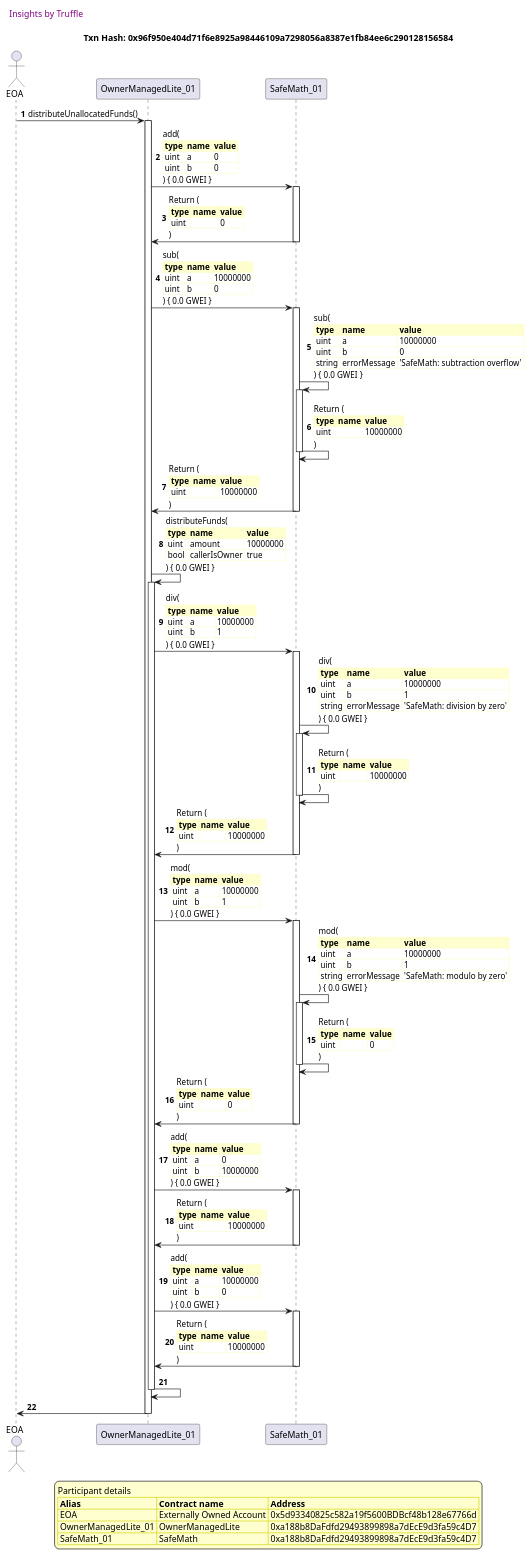
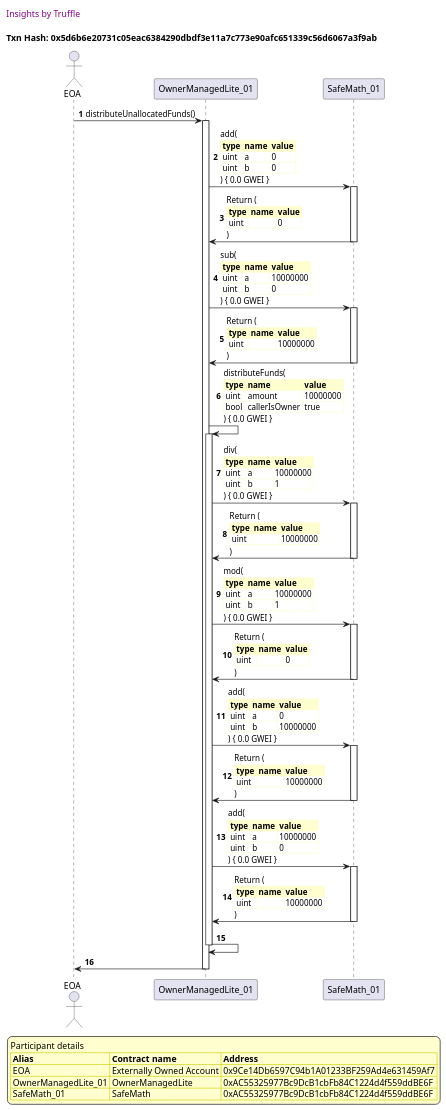
Diagram 15 of 53 in truffle-seq/OwnerManagedLite_test_withdraw_and_fallback.md (thedarkjester/ConsensysAssignment), drawn with PlantUML before and after one commit. The commit also changed other lines of this file and 13 other files, not shown here.

```diff
--- a/truffle-seq/OwnerManagedLite_test_withdraw_and_fallback.md
+++ b/truffle-seq/OwnerManagedLite_test_withdraw_and_fallback.md
@@ -658,7 +658,7 @@
 
 header Insights by Truffle
 
-title Txn Hash: 0x96f950e404d71f6e8925a98446109a7298056a8387e1fb84ee6c290128156584
+title Txn Hash: 0x5d6b6e20731c05eac6384290dbdf3e11a7c773e90afc651339c56d6067a3f9ab
 
 
 actor EOA as "EOA"
@@ -680,16 +680,6 @@
 | uint | a | 10000000 |\n\
 | uint | b | 0 |\n\
 ) { 0.0 GWEI }
-"SafeMath_01" -> "SafeMath_01" ++: sub(\n\
-<#FEFECE,#FEFECE>|= type |= name |= value |\n\
-| uint | a | 10000000 |\n\
-| uint | b | 0 |\n\
-| string | errorMessage | 'SafeMath: subtraction overflow' |\n\
-) { 0.0 GWEI }
-"SafeMath_01" -> "SafeMath_01" --: Return (\n\
-<#FEFECE,#FEFECE>|= type |= name |= value |\n\
-| uint |  | 10000000 |\n\
-)
 "SafeMath_01" -> "OwnerManagedLite_01" --: Return (\n\
 <#FEFECE,#FEFECE>|= type |= name |= value |\n\
 | uint |  | 10000000 |\n\
@@ -704,16 +694,6 @@
 | uint | a | 10000000 |\n\
 | uint | b | 1 |\n\
 ) { 0.0 GWEI }
-"SafeMath_01" -> "SafeMath_01" ++: div(\n\
-<#FEFECE,#FEFECE>|= type |= name |= value |\n\
-| uint | a | 10000000 |\n\
-| uint | b | 1 |\n\
-| string | errorMessage | 'SafeMath: division by zero' |\n\
-) { 0.0 GWEI }
-"SafeMath_01" -> "SafeMath_01" --: Return (\n\
-<#FEFECE,#FEFECE>|= type |= name |= value |\n\
-| uint |  | 10000000 |\n\
-)
 "SafeMath_01" -> "OwnerManagedLite_01" --: Return (\n\
 <#FEFECE,#FEFECE>|= type |= name |= value |\n\
 | uint |  | 10000000 |\n\
@@ -723,16 +703,6 @@
 | uint | a | 10000000 |\n\
 | uint | b | 1 |\n\
 ) { 0.0 GWEI }
-"SafeMath_01" -> "SafeMath_01" ++: mod(\n\
-<#FEFECE,#FEFECE>|= type |= name |= value |\n\
-| uint | a | 10000000 |\n\
-| uint | b | 1 |\n\
-| string | errorMessage | 'SafeMath: modulo by zero' |\n\
-) { 0.0 GWEI }
-"SafeMath_01" -> "SafeMath_01" --: Return (\n\
-<#FEFECE,#FEFECE>|= type |= name |= value |\n\
-| uint |  | 0 |\n\
-)
 "SafeMath_01" -> "OwnerManagedLite_01" --: Return (\n\
 <#FEFECE,#FEFECE>|= type |= name |= value |\n\
 | uint |  | 0 |\n\
@@ -761,9 +731,9 @@
 legend
 Participant details
 <#FEFECE,#D0D000>|= Alias |= Contract name |= Address |
-<#FEFECE>| EOA | Externally Owned Account | 0x5d93340825c582a19f5600BDBcf48b128e67766d |
-<#FEFECE>| OwnerManagedLite_01 | OwnerManagedLite | 0xa188b8DaFdfd29493899898a7dEcE9d3fa59c4D7 |
-<#FEFECE>| SafeMath_01 | SafeMath | 0xa188b8DaFdfd29493899898a7dEcE9d3fa59c4D7 |
+<#FEFECE>| EOA | Externally Owned Account | 0x9Ce14Db6597C94b1A01233BF259Ad4e631459Af7 |
+<#FEFECE>| OwnerManagedLite_01 | OwnerManagedLite | 0xAC55325977Bc9DcB1cbFb84C1224d4f559ddBE6F |
+<#FEFECE>| SafeMath_01 | SafeMath | 0xAC55325977Bc9DcB1cbFb84C1224d4f559ddBE6F |
 endlegend
 
 @enduml
```
